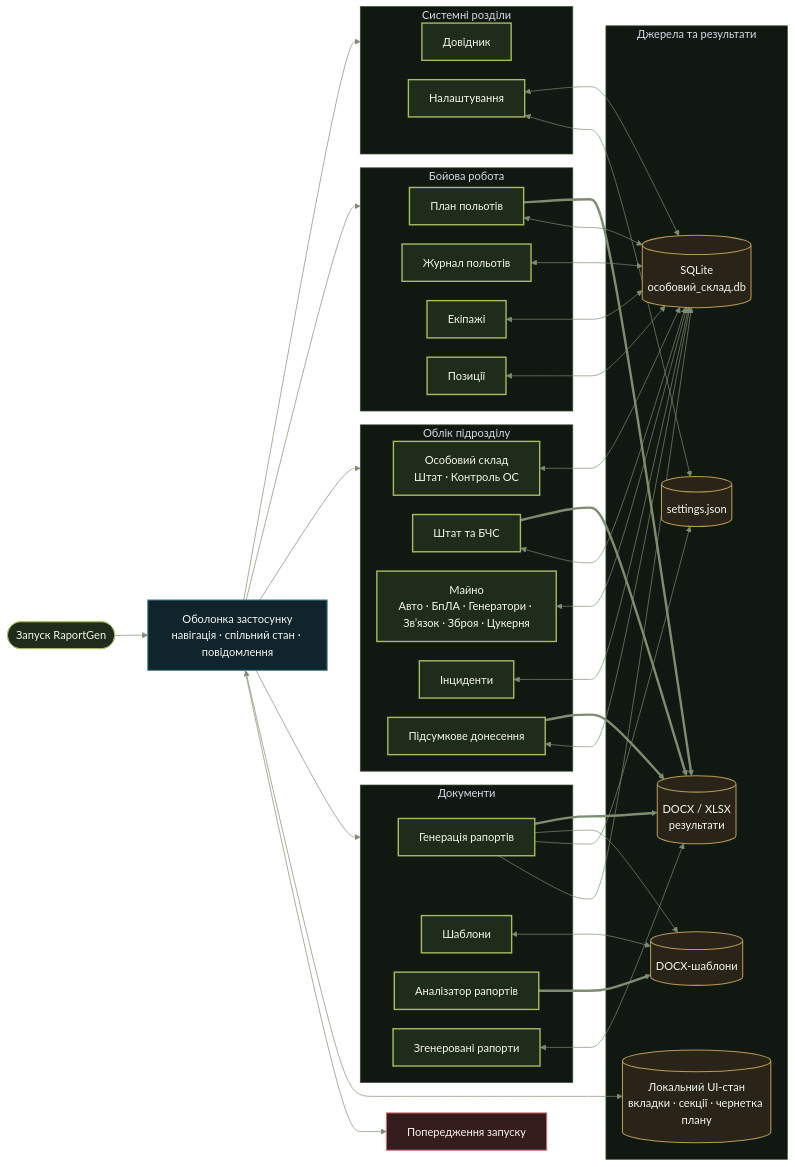
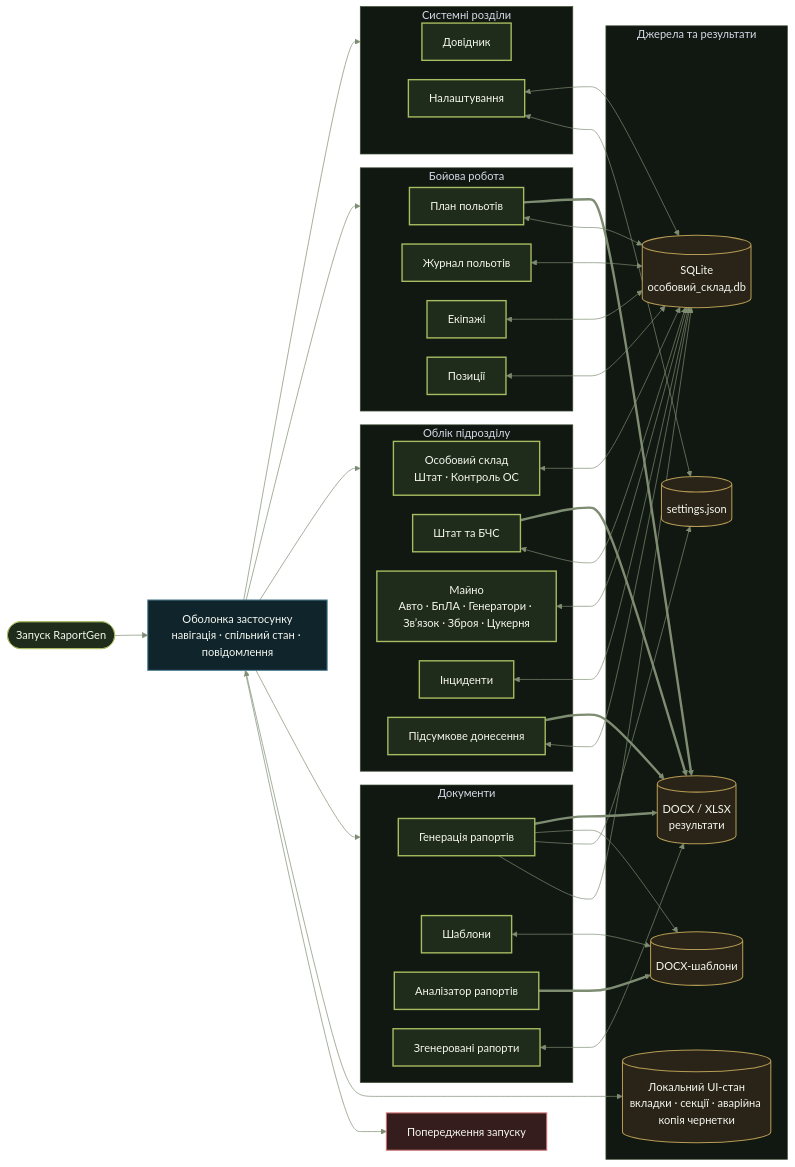
One commit to ArsLoDDD/report_generator changed the first of 21 diagrams in docs/architecture/PROJECT_FLOWCHARTS.md. Above: the diagram before and after it, drawn with Mermaid. The commit also changed other lines of this file and 11 other files, not shown here.

````diff
--- a/docs/architecture/PROJECT_FLOWCHARTS.md
+++ b/docs/architecture/PROJECT_FLOWCHARTS.md
@@ -16,82 +16,82 @@
 ```mermaid
 %%{init: {"theme":"base","themeVariables":{"primaryColor":"#1f2b1b","primaryTextColor":"#f5f7ef","primaryBorderColor":"#a8bd61","lineColor":"#7e8d72","secondaryColor":"#10242c","tertiaryColor":"#2a2418","clusterBkg":"#111711","clusterBorder":"#3e4d36","fontFamily":"Inter, Arial, sans-serif"},"flowchart":{"curve":"basis","nodeSpacing":28,"rankSpacing":48,"htmlLabels":true}}}%%
 flowchart LR
   start(["Запуск RaportGen"])
   shell["Оболонка застосунку<br/>навігація · спільний стан · повідомлення"]
   warnings["Попередження запуску"]
 
   subgraph docs["Документи"]
     generator["Генерація рапортів"]
     templates["Шаблони"]
     analyser["Аналізатор рапортів"]
     generated["Згенеровані рапорти"]
   end
 
   subgraph accounting["Облік підрозділу"]
     people["Особовий склад<br/>Штат · Контроль ОС"]
     staffing["Штат та БЧС"]
     assets["Майно<br/>Авто · БпЛА · Генератори · Зв’язок · Зброя · Цукерня"]
     incidents["Інциденти"]
     summary["Підсумкове донесення"]
   end
 
   subgraph combat["Бойова робота"]
     plan["План польотів"]
     journal["Журнал польотів"]
     crews["Екіпажі"]
     positions["Позиції"]
   end
 
   subgraph support["Системні розділи"]
     guide["Довідник"]
     settings["Налаштування"]
   end
 
   subgraph storage["Джерела та результати"]
     db[("SQLite<br/>особовий_склад.db")]
     config[("settings.json")]
     templateFiles[("DOCX-шаблони")]
     reportFiles[("DOCX / XLSX<br/>результати")]
-    browser[("Локальний UI-стан<br/>вкладки · секції · чернетка плану")]
+    browser[("Локальний UI-стан<br/>вкладки · секції · аварійна копія чернетки")]
   end
 
   start --> shell
   shell --> warnings
   shell --> docs
   shell --> accounting
   shell --> combat
   shell --> support
 
   people <--> db
   staffing <--> db
   assets <--> db
   incidents <--> db
   crews <--> db
   positions <--> db
   plan <--> db
   journal <--> db
   summary <--> db
 
   settings <--> config
   settings <--> db
   templates <--> templateFiles
   analyser ==> templateFiles
   generator --> db
   generator --> config
   generator --> templateFiles
   generator ==> reportFiles
   generated <--> reportFiles
   staffing ==> reportFiles
   plan ==> reportFiles
   summary ==> reportFiles
   shell <--> browser
 
   class generator,templates,analyser,generated,people,staffing,assets,incidents,summary,plan,journal,crews,positions,guide,settings page;
   class shell action;
   class db,config,templateFiles,reportFiles,browser data;
   class warnings warn;
   classDef page fill:#1f2b1b,stroke:#a8bd61,color:#f5f7ef,stroke-width:2px;
   classDef action fill:#10242c,stroke:#4f8296,color:#f5f7ef,stroke-width:1.5px;
   classDef data fill:#2a2418,stroke:#b59b53,color:#f5f7ef,stroke-width:1.5px;
   classDef warn fill:#351d1d,stroke:#cf7070,color:#f5f7ef,stroke-width:1.5px;
 ```
````
